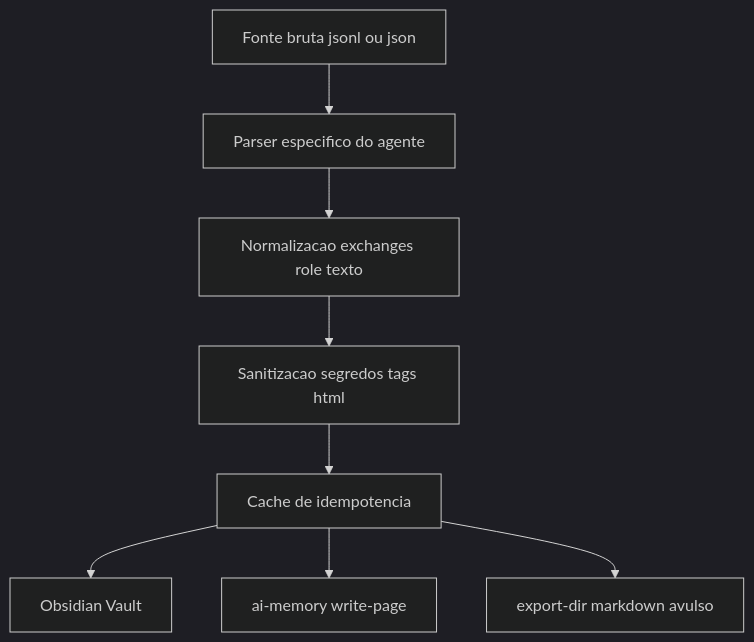
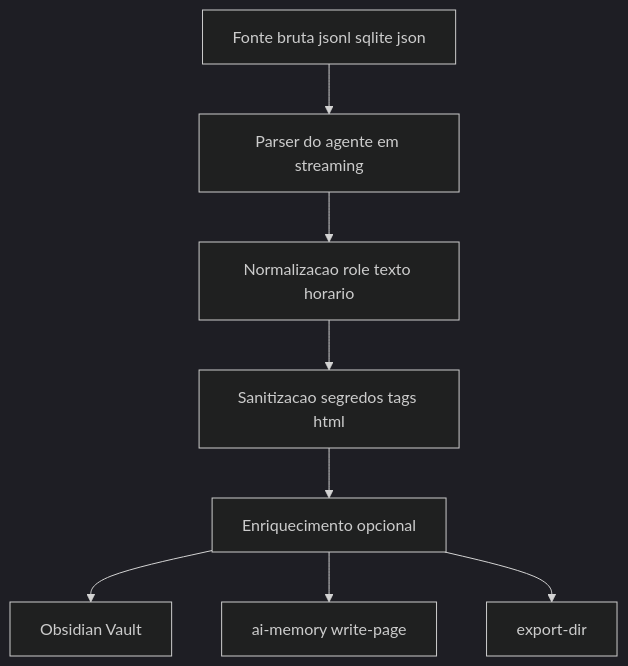
The diagram in docs/session-ingestor.md (murilolol/muri-saver), drawn with Mermaid (dark theme) before and after one commit. The commit also changed other lines of this file and 14 other files, not shown here.

First line of the commit message:
v2 documentation: English README, changelog, roadmap, troubleshooting

````diff
--- a/docs/session-ingestor.md
+++ b/docs/session-ingestor.md
@@ -58,16 +72,16 @@
 ```mermaid
 graph TD
-    Src["Fonte bruta jsonl ou json"]
-    Parse["Parser especifico do agente"]
-    Norm["Normalizacao exchanges role texto"]
+    Src["Fonte bruta jsonl sqlite json"]
+    Parse["Parser do agente em streaming"]
+    Norm["Normalizacao role texto horario"]
     San["Sanitizacao segredos tags html"]
-    Cache["Cache de idempotencia"]
+    Enr["Enriquecimento opcional"]
     Out1["Obsidian Vault"]
     Out2["ai-memory write-page"]
-    Out3["export-dir markdown avulso"]
+    Out3["export-dir"]
 
-    Src --> Parse --> Norm --> San --> Cache
-    Cache --> Out1
-    Cache --> Out2
-    Cache --> Out3
+    Src --> Parse --> Norm --> San --> Enr
+    Enr --> Out1
+    Enr --> Out2
+    Enr --> Out3
 ```
````
